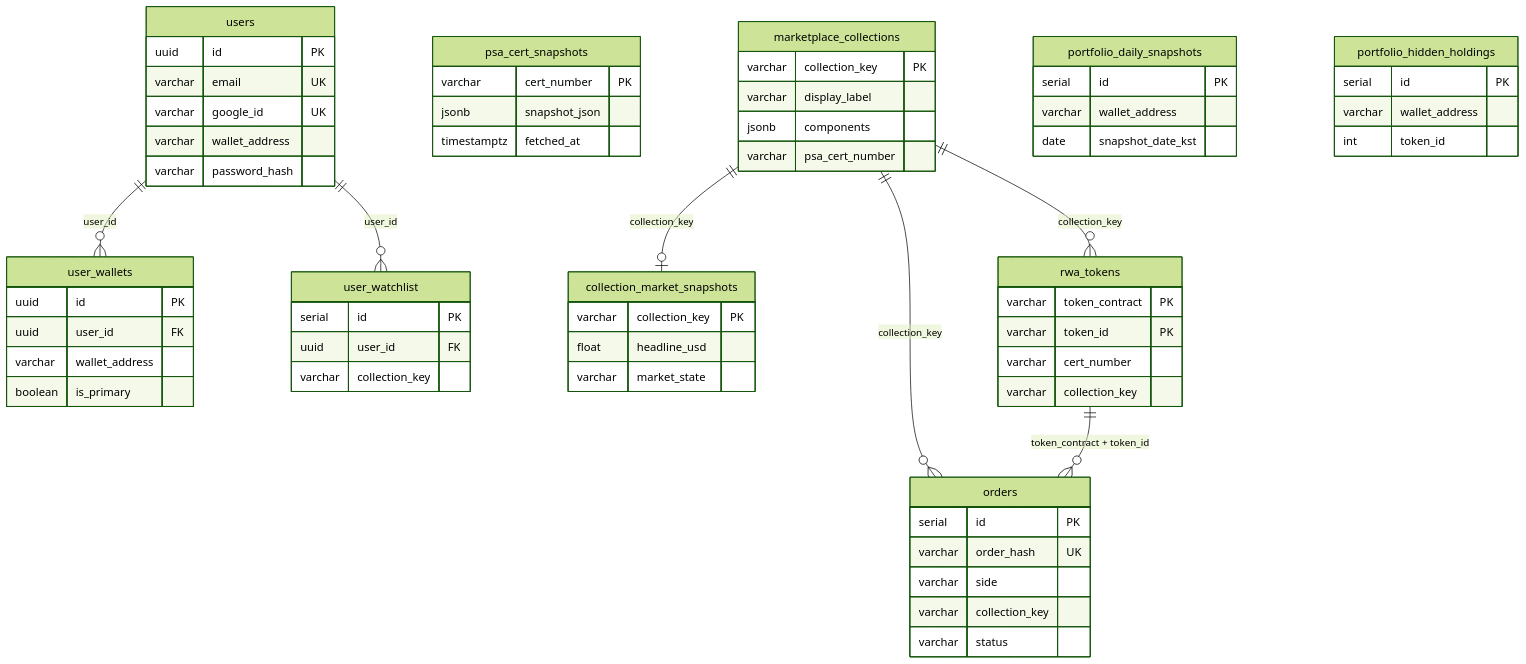
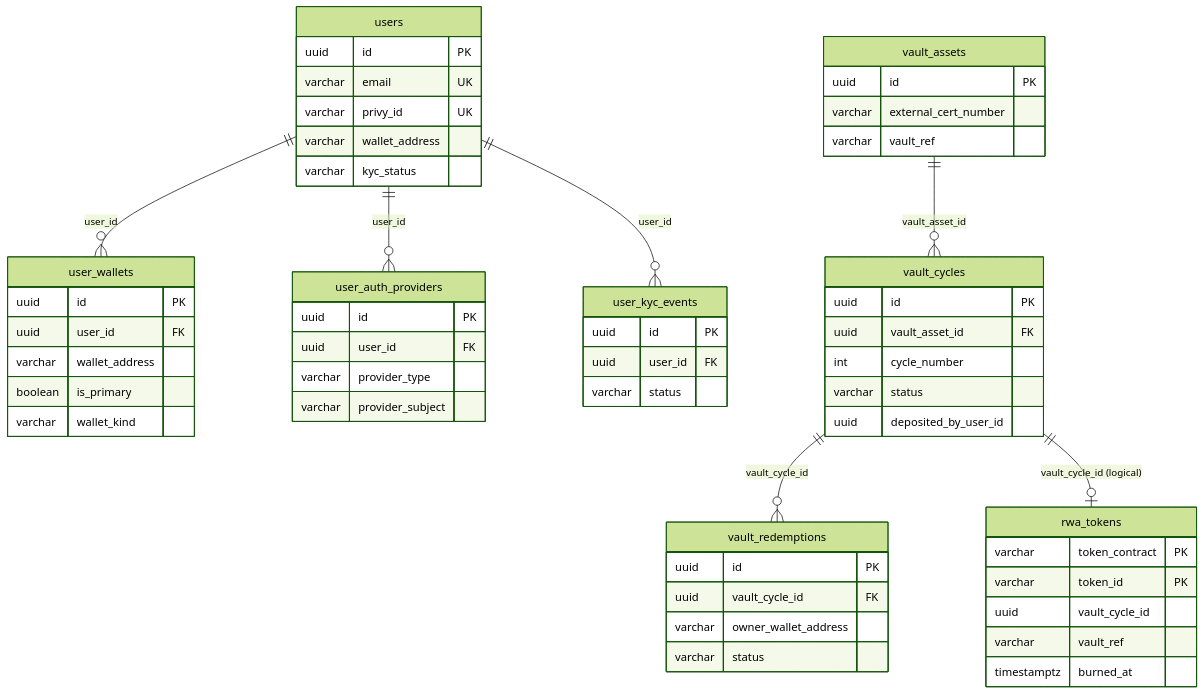
One commit to tokenable-dev/tokenable-dev changed the first of 2 diagrams in docs/architecture/database.md. Above: the diagram before and after it, drawn with Mermaid (forest theme). The commit also changed other lines of this file and 364 other files, not shown here.

````diff
--- a/docs/architecture/database.md
+++ b/docs/architecture/database.md
@@ -70,76 +81,60 @@
 ```mermaid
 erDiagram
     users {
         uuid id PK
         varchar email UK
-        varchar google_id UK
+        varchar privy_id UK
         varchar wallet_address
-        varchar password_hash
+        varchar kyc_status
     }
-
     user_wallets {
         uuid id PK
         uuid user_id FK
         varchar wallet_address
         boolean is_primary
+        varchar wallet_kind
     }
-
-    user_watchlist {
-        serial id PK
+    user_auth_providers {
+        uuid id PK
         uuid user_id FK
-        varchar collection_key
+        varchar provider_type
+        varchar provider_subject
     }
-
-    psa_cert_snapshots {
-        varchar cert_number PK
-        jsonb snapshot_json
-        timestamptz fetched_at
+    user_kyc_events {
+        uuid id PK
+        uuid user_id FK
+        varchar status
     }
-
-    marketplace_collections {
-        varchar collection_key PK
-        varchar display_label
-        jsonb components
-        varchar psa_cert_number
+    vault_assets {
+        uuid id PK
+        varchar external_cert_number
+        varchar vault_ref
     }
-
-    collection_market_snapshots {
-        varchar collection_key PK
-        float headline_usd
-        varchar market_state
+    vault_cycles {
+        uuid id PK
+        uuid vault_asset_id FK
+        int cycle_number
+        varchar status
+        uuid deposited_by_user_id
     }
-
+    vault_redemptions {
+        uuid id PK
+        uuid vault_cycle_id FK
+        varchar owner_wallet_address
+        varchar status
+    }
     rwa_tokens {
         varchar token_contract PK
         varchar token_id PK
-        varchar cert_number
-        varchar collection_key
-    }
-
-    orders {
-        serial id PK
-        varchar order_hash UK
-        varchar side
-        varchar collection_key
-        varchar status
-    }
-
-    portfolio_daily_snapshots {
-        serial id PK
-        varchar wallet_address
-        date snapshot_date_kst
-    }
-
-    portfolio_hidden_holdings {
-        serial id PK
-        varchar wallet_address
-        int token_id
+        uuid vault_cycle_id
+        varchar vault_ref
+        timestamptz burned_at
     }
 
     users ||--o{ user_wallets : "user_id"
-    users ||--o{ user_watchlist : "user_id"
-    marketplace_collections ||--o| collection_market_snapshots : "collection_key"
-    marketplace_collections ||--o{ orders : "collection_key"
-    marketplace_collections ||--o{ rwa_tokens : "collection_key"
-    rwa_tokens ||--o{ orders : "token_contract + token_id"
+    users ||--o{ user_auth_providers : "user_id"
+    users ||--o{ user_kyc_events : "user_id"
+    vault_assets ||--o{ vault_cycles : "vault_asset_id"
+    vault_cycles ||--o{ vault_redemptions : "vault_cycle_id"
+    vault_cycles ||--o| rwa_tokens : "vault_cycle_id (logical)"
 ```
````
